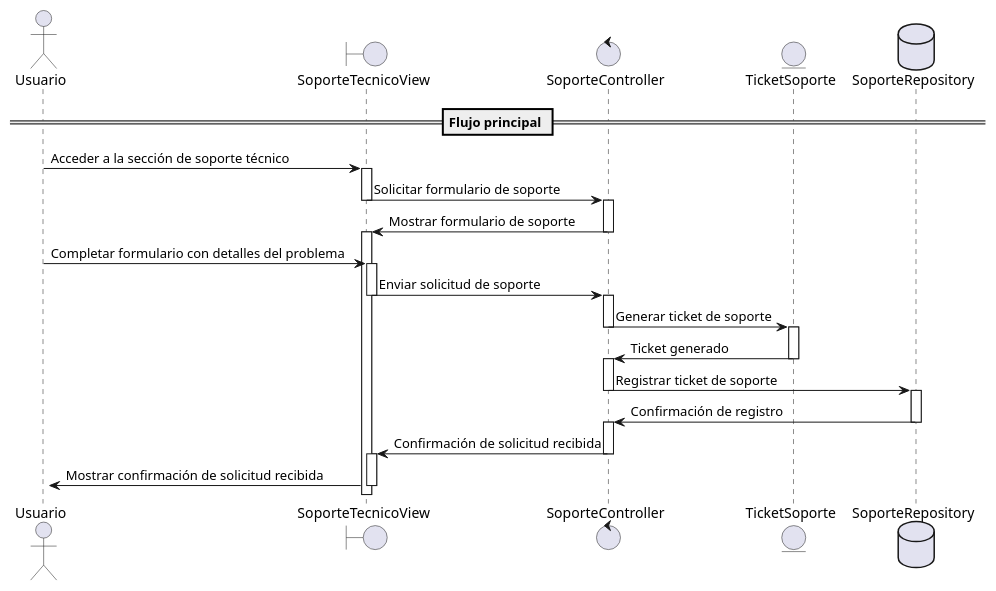
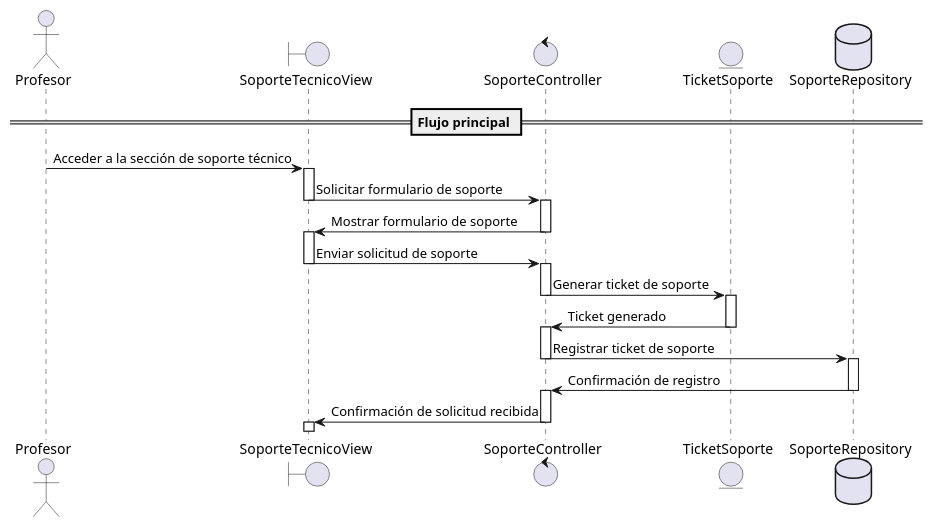
One commit to ZavSan95/EduMatch changed the diagram in CASOS DE USO/PROFESOR/CU-0026/DSEC-0026.puml. Above: the diagram before and after it, drawn with PlantUML. The commit also changed 56 other files, not shown here.

Commit message:
Actualizacion diagramas de secuencia

```diff
--- a/CASOS DE USO/PROFESOR/CU-0026/DSEC-0026.puml
+++ b/CASOS DE USO/PROFESOR/CU-0026/DSEC-0026.puml
@@ -1,20 +1,18 @@
 @startuml
-actor Usuario
+actor Profesor
 boundary "SoporteTecnicoView" as View
 control "SoporteController" as Controller
 entity "TicketSoporte" as Ticket
 database "SoporteRepository" as Repository
 
 == Flujo principal ==
-Usuario -> View --++: Acceder a la sección de soporte técnico
+Profesor -> View --++: Acceder a la sección de soporte técnico
 View -> Controller --++: Solicitar formulario de soporte
 Controller -> View --++: Mostrar formulario de soporte
-Usuario -> View --++: Completar formulario con detalles del problema
 View -> Controller --++: Enviar solicitud de soporte
 Controller -> Ticket --++: Generar ticket de soporte
 Ticket -> Controller --++: Ticket generado
 Controller -> Repository --++: Registrar ticket de soporte
 Repository -> Controller --++: Confirmación de registro
 Controller -> View --++: Confirmación de solicitud recibida
-View -> Usuario --++: Mostrar confirmación de solicitud recibida
 @enduml
```
